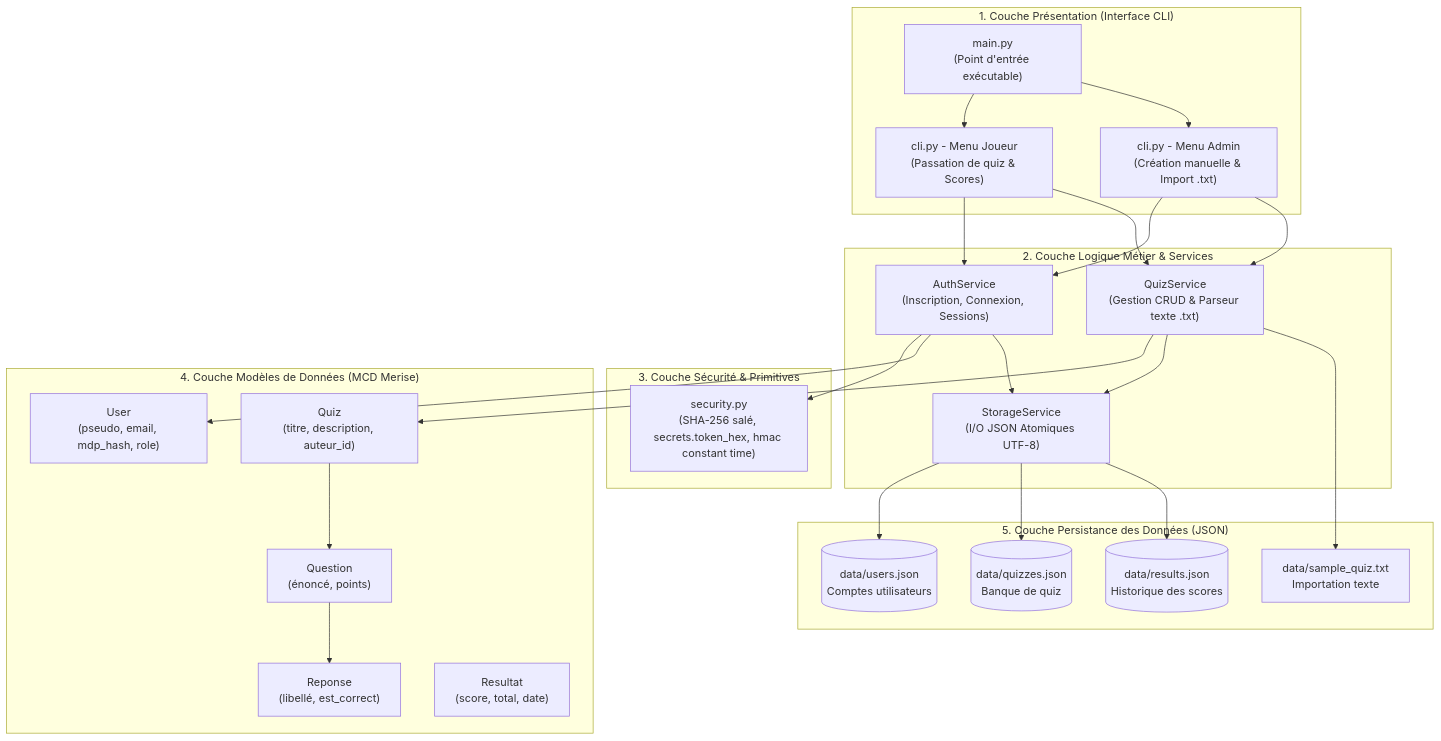
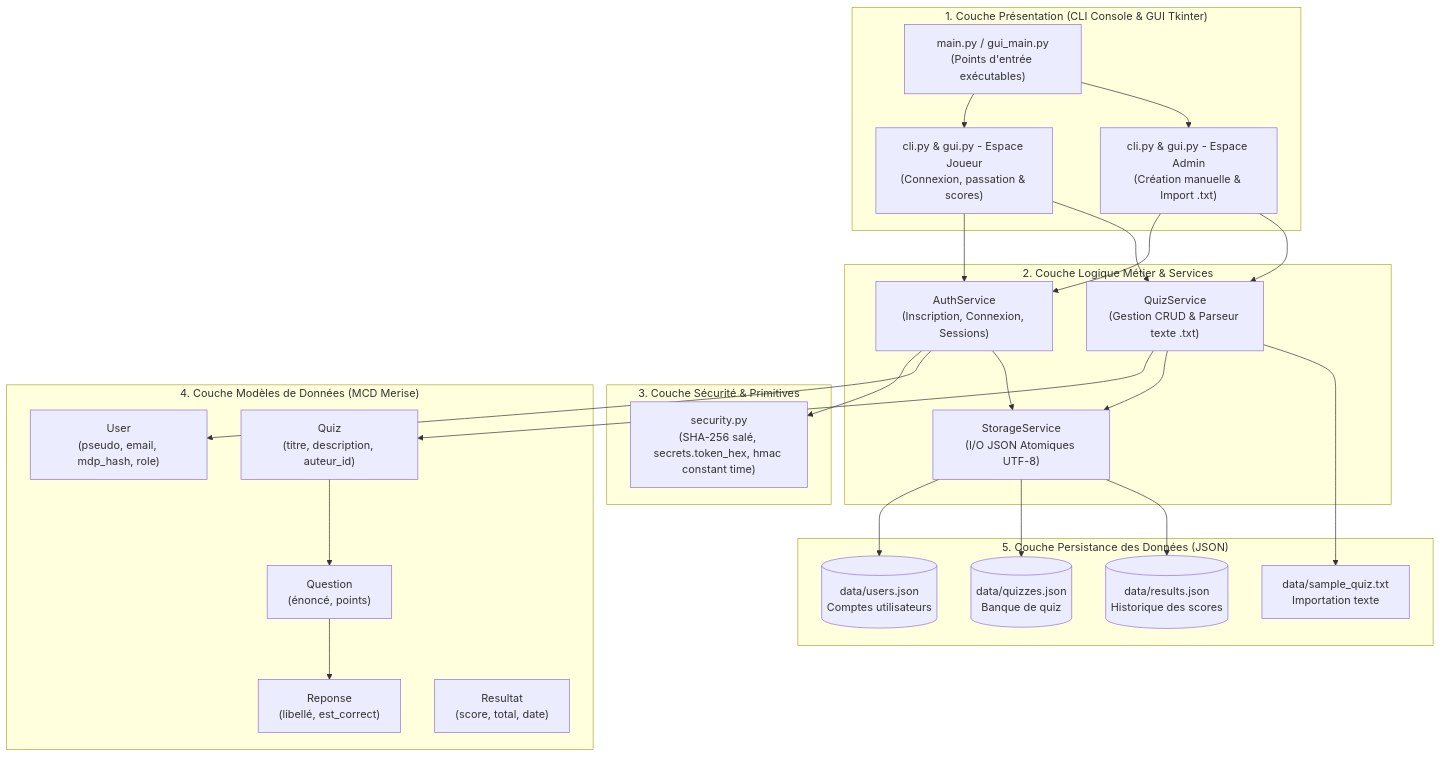
Before and after one commit to KaSabrin/PROJ531-Quiz-Python: the diagram in docs/architecture_technique_quizora.md, drawn with Mermaid. The commit also changed 5 other files, not shown here.

Commit message:
feat: ajout d'une page de connexion graphique moderne (Tkinter GUI)

````diff
--- a/docs/architecture_technique_quizora.md
+++ b/docs/architecture_technique_quizora.md
@@ -9,55 +9,55 @@
 ```mermaid
 graph TD
-    subgraph CP["1. Couche Présentation (Interface CLI)"]
-        MAIN["main.py<br/>(Point d'entrée exécutable)"]
-        CLI_J["cli.py - Menu Joueur<br/>(Passation de quiz & Scores)"]
-        CLI_A["cli.py - Menu Admin<br/>(Création manuelle & Import .txt)"]
+    subgraph CP["1. Couche Présentation (CLI Console & GUI Tkinter)"]
+        MAIN["main.py / gui_main.py<br/>(Points d'entrée exécutables)"]
+        CLI_J["cli.py & gui.py - Espace Joueur<br/>(Connexion, passation & scores)"]
+        CLI_A["cli.py & gui.py - Espace Admin<br/>(Création manuelle & Import .txt)"]
     end
 
     subgraph CS["2. Couche Logique Métier & Services"]
         AUTH["AuthService<br/>(Inscription, Connexion, Sessions)"]
         QUIZ["QuizService<br/>(Gestion CRUD & Parseur texte .txt)"]
         STOR["StorageService<br/>(I/O JSON Atomiques UTF-8)"]
     end
 
     subgraph CSEC["3. Couche Sécurité & Primitives"]
         SECU["security.py<br/>(SHA-256 salé, secrets.token_hex, hmac constant time)"]
     end
 
     subgraph CMD["4. Couche Modèles de Données (MCD Merise)"]
         MOD_U["User<br/>(pseudo, email, mdp_hash, role)"]
         MOD_Q["Quiz<br/>(titre, description, auteur_id)"]
         MOD_QU["Question<br/>(énoncé, points)"]
         MOD_R["Reponse<br/>(libellé, est_correct)"]
         MOD_RES["Resultat<br/>(score, total, date)"]
     end
 
     subgraph CD["5. Couche Persistance des Données (JSON)"]
         DATA_U[("data/users.json<br/>Comptes utilisateurs")]
         DATA_Q[("data/quizzes.json<br/>Banque de quiz")]
         DATA_R[("data/results.json<br/>Historique des scores")]
         DATA_T["data/sample_quiz.txt<br/>Importation texte"]
     end
 
     %% Interactions
     MAIN --> CLI_J
     MAIN --> CLI_A
     CLI_J --> AUTH
     CLI_A --> AUTH
     CLI_J --> QUIZ
     CLI_A --> QUIZ
 
     AUTH --> SECU
     AUTH --> MOD_U
     AUTH --> STOR
 
     QUIZ --> MOD_Q
     MOD_Q --> MOD_QU
     MOD_QU --> MOD_R
     QUIZ --> STOR
     QUIZ --> DATA_T
 
     STOR --> DATA_U
     STOR --> DATA_Q
     STOR --> DATA_R
 ```
````
